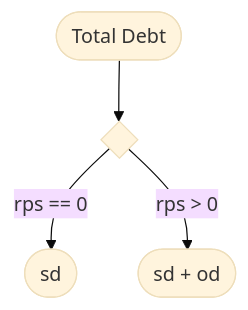
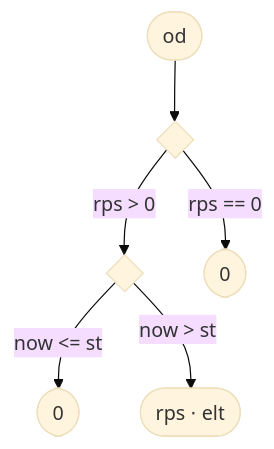
One commit to sablier-labs/docs changed the sixth of 9 diagrams in docs/reference/flow/01-diagrams.md. Above: the diagram before and after it, drawn with Mermaid (base theme). The commit also changed other lines of this file and 3 other files, not shown here.

Commit message:
removes streamId from sequence diagrams categorizes diagrams in Flow access control simplifies diagrams in Lockup access control defines ongoing debt in Flow overview fixes definition of snapshot debt in Flow overview adds abbreviations in Flow diagrams

````diff
--- a/docs/reference/flow/01-diagrams.md
+++ b/docs/reference/flow/01-diagrams.md
@@ -128,11 +115,15 @@
 ```mermaid
 flowchart TD
-rca([Total Debt])
+rca([od])
 di0{ }
-res_00([sd ])
-res_01(["sd + od"])
+di1{ }
+res_00([0 ])
+res_01([0 ])
+res_rca(["rps &sdot; elt"])
 
 rca --> di0
+di0 -- "rps > 0" --> di1
 di0 -- "rps == 0" --> res_00
-di0 -- "rps > 0" --> res_01
+di1 -- "now <= st" --> res_01
+di1 -- "now > st" --> res_rca
 ```
````
